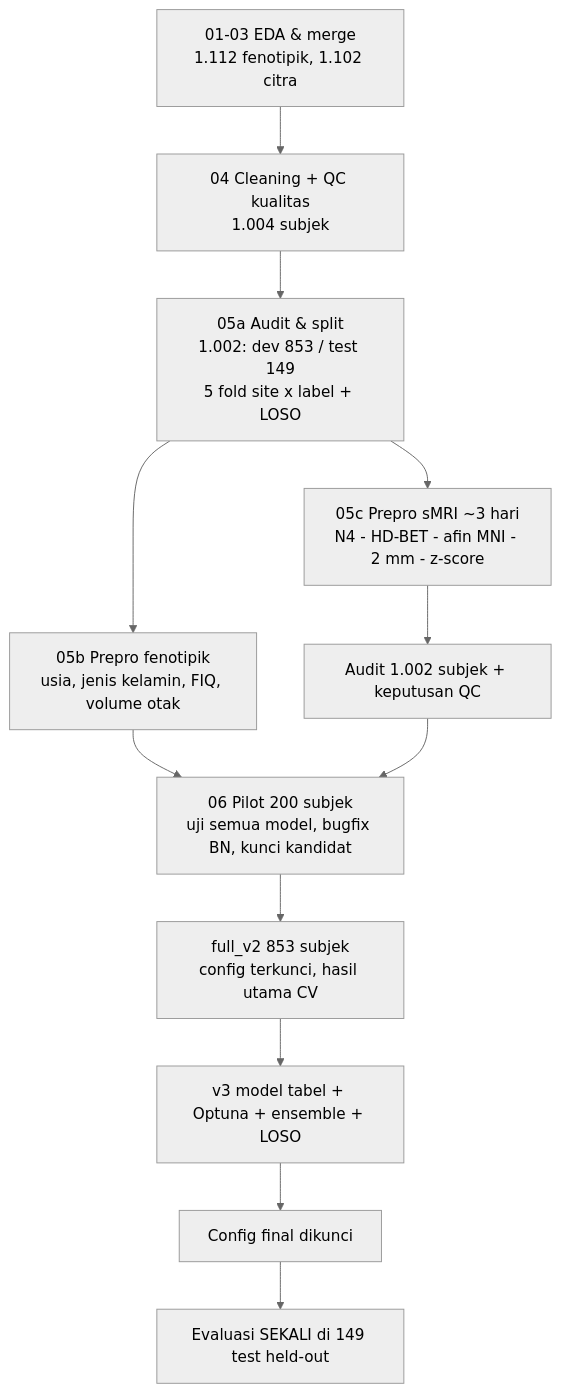
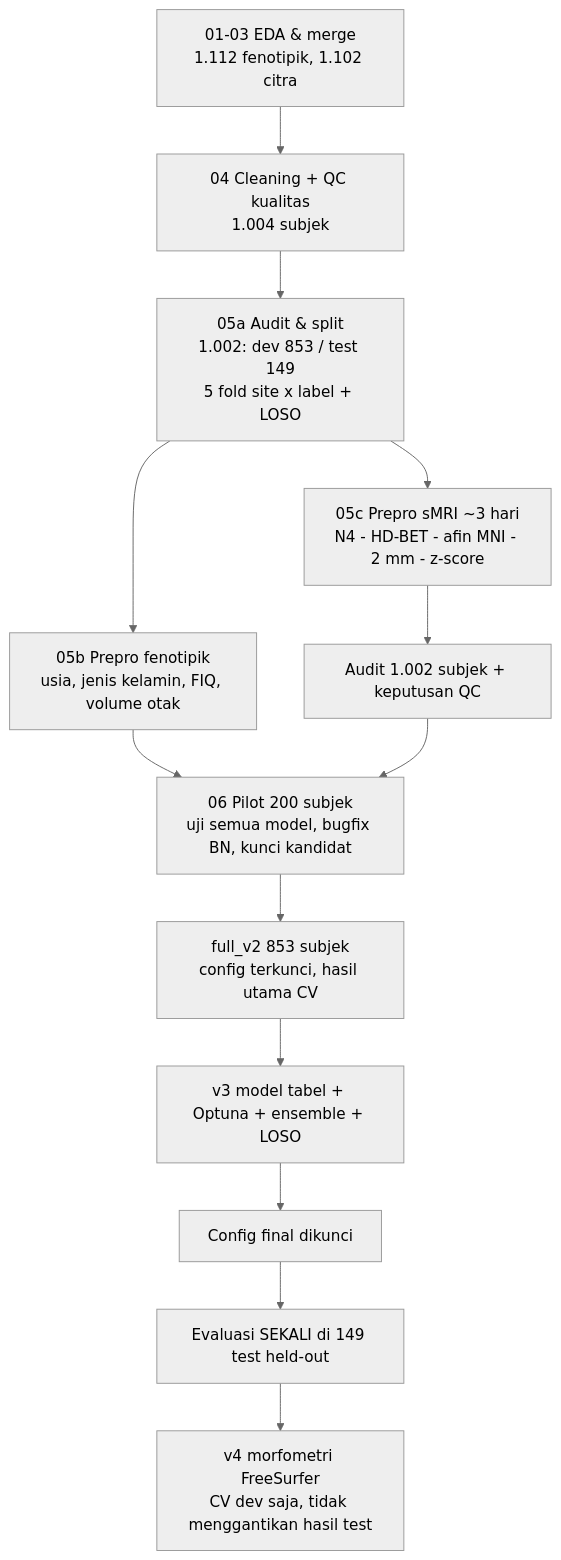
Before and after one commit to feliciacyntia/autismdetection: the diagram in docs/ALUR_PENGERJAAN.md, drawn with Mermaid (neutral theme). The commit also changed other lines of this file and 609 other files, not shown here.

First line of the commit message:
v4: morfometri FreeSurfer PCP (CV dev) + dokumentasi; E2 fusion DL tidak dijalankan

````diff
--- a/docs/ALUR_PENGERJAAN.md
+++ b/docs/ALUR_PENGERJAAN.md
@@ -25,14 +26,15 @@
 ```mermaid
 flowchart TD
     A[01-03 EDA & merge<br/>1.112 fenotipik, 1.102 citra] --> B[04 Cleaning + QC kualitas<br/>1.004 subjek]
     B --> C[05a Audit & split<br/>1.002: dev 853 / test 149<br/>5 fold site x label + LOSO]
     C --> D[05b Prepro fenotipik<br/>usia, jenis kelamin, FIQ, volume otak]
     C --> E[05c Prepro sMRI ~3 hari<br/>N4 - HD-BET - afin MNI - 2 mm - z-score]
     E --> F[Audit 1.002 subjek + keputusan QC]
     D --> G[06 Pilot 200 subjek<br/>uji semua model, bugfix BN, kunci kandidat]
     F --> G
     G --> H[full_v2 853 subjek<br/>config terkunci, hasil utama CV]
     H --> I[v3 model tabel + Optuna + ensemble + LOSO]
     I --> J[Config final dikunci]
     J --> K[Evaluasi SEKALI di 149 test held-out]
+    K --> L[v4 morfometri FreeSurfer<br/>CV dev saja, tidak menggantikan hasil test]
 ```
````
